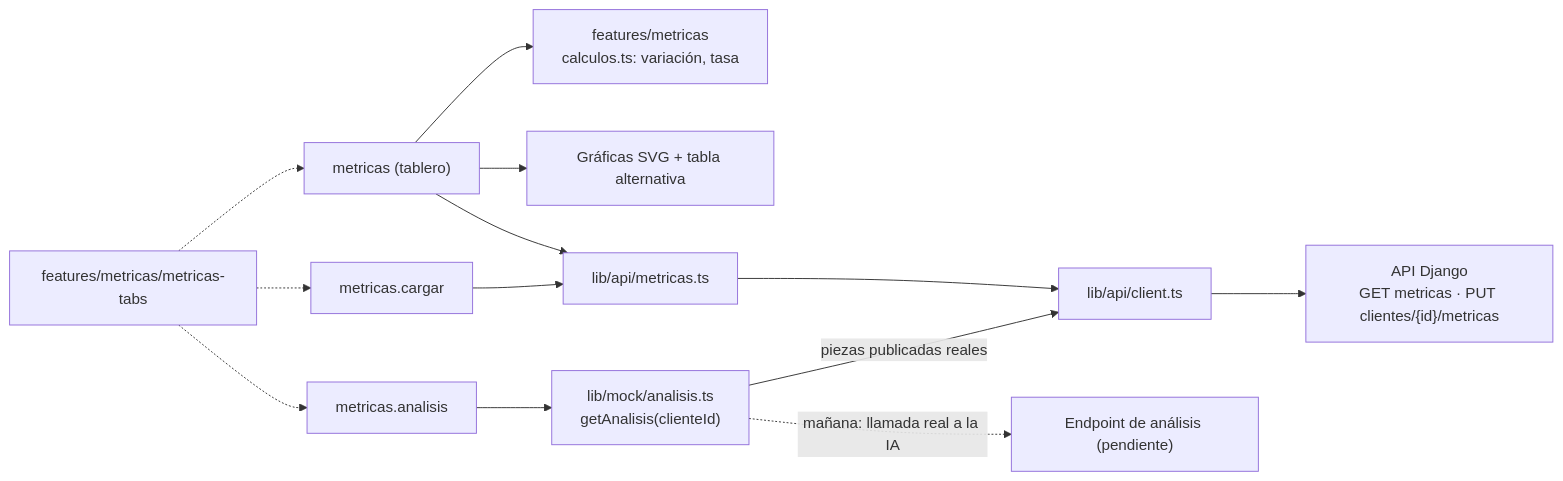
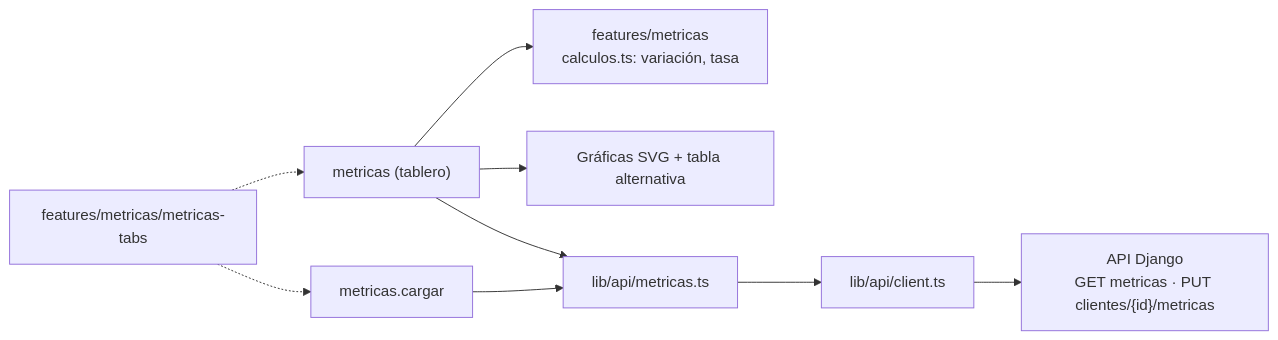
Before and after one commit to a-cubica-r/ACA-0002-MIBERS_MEDIA_PROJECT-FND: the diagram in docs/modulos/modulo-3.md, drawn with Mermaid. The commit also changed other lines of this file and 20 other files, not shown here.

````diff
--- a/docs/modulos/modulo-3.md
+++ b/docs/modulos/modulo-3.md
@@ -26,10 +27,7 @@
 ```mermaid
 flowchart LR
   T["metricas (tablero)"] --> K["features/metricas<br/>calculos.ts: variación, tasa"]
   T --> G["Gráficas SVG + tabla alternativa"]
   T & CG["metricas.cargar"] --> MA["lib/api/metricas.ts"] --> C["lib/api/client.ts"] --> API["API Django<br/>GET metricas · PUT clientes/{id}/metricas"]
-  AN["metricas.analisis"] --> MK["lib/mock/analisis.ts<br/>getAnalisis(clienteId)"]
-  MK -- "piezas publicadas reales" --> C
-  MK -. "mañana: llamada real a la IA" .-> FUT["Endpoint de análisis (pendiente)"]
-  TABS["features/metricas/metricas-tabs"] -.-> T & CG & AN
+  TABS["features/metricas/metricas-tabs"] -.-> T & CG
 ```
````
